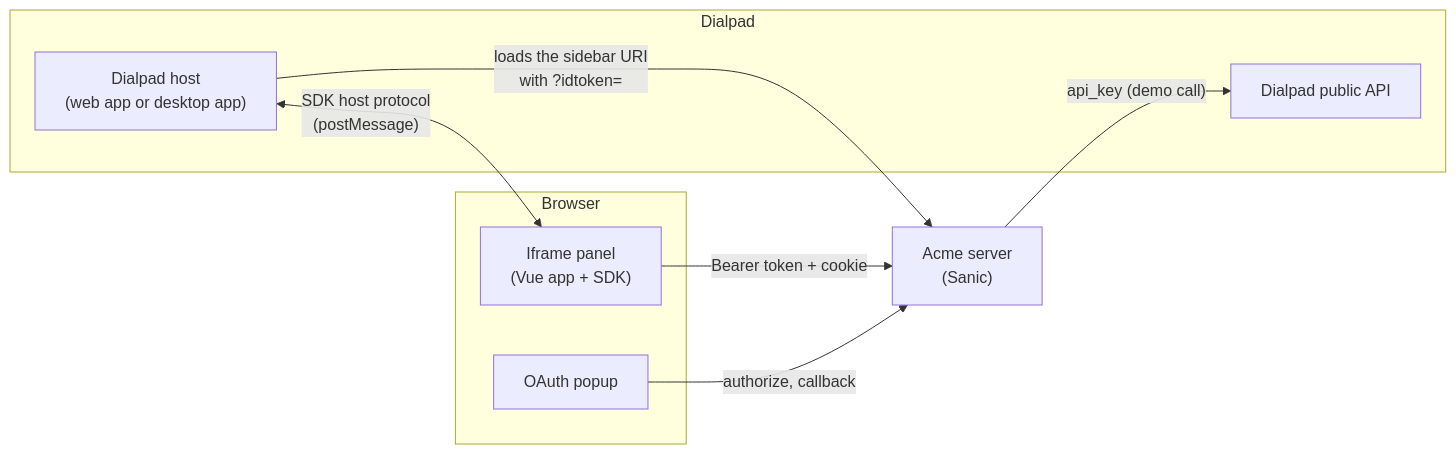
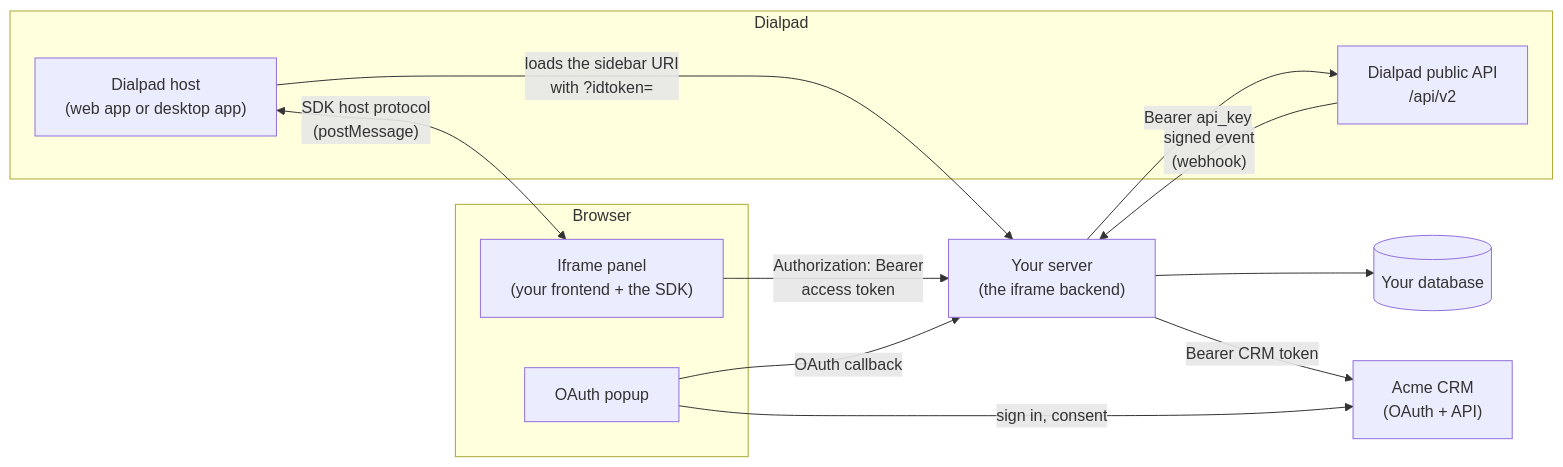
Before and after one commit to dialpad/sample-dialapp-external: the first of 12 diagrams in FLOWS.md, drawn with Mermaid. The commit also changed other lines of this file and 2 other files, not shown here.

Commit message:
NO-JIRA: Rewrite FLOWS.md for a real partner app, add server-to-server and webhook flows (docs)

````diff
--- a/FLOWS.md
+++ b/FLOWS.md
@@ -19,18 +20,24 @@
 ```mermaid
 flowchart LR
   subgraph Dialpad
     H["Dialpad host<br/>(web app or desktop app)"]
-    A["Dialpad public API"]
+    A["Dialpad public API<br/>/api/v2"]
   end
   subgraph Browser
-    P["Iframe panel<br/>(Vue app + SDK)"]
+    P["Iframe panel<br/>(your frontend + the SDK)"]
     W["OAuth popup"]
   end
-  S["Acme server<br/>(Sanic)"]
+  S["Your server<br/>(the iframe backend)"]
+  DB[("Your database")]
+  C["Acme CRM<br/>(OAuth + API)"]
 
   H -- "loads the sidebar URI<br/>with ?idtoken=" --> S
   H <-- "SDK host protocol<br/>(postMessage)" --> P
-  P -- "Bearer token + cookie" --> S
-  W -- "authorize, callback" --> S
-  S -- "api_key (demo call)" --> A
+  P -- "Authorization: Bearer<br/>access token" --> S
+  W -- "OAuth callback" --> S
+  S --> DB
+  S -- "Bearer CRM token" --> C
+  W -- "sign in, consent" --> C
+  S -- "Bearer api_key" --> A
+  A -- "signed event<br/>(webhook)" --> S
 ```
````
